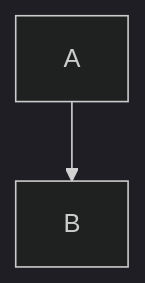
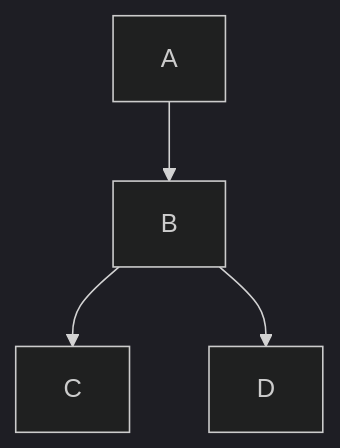
One commit to mouseless/baked changed the first of 2 diagrams in docs/demo.md. Above: the diagram before and after it, drawn with Mermaid (dark theme). The commit also changed other lines of this file and 7 other files, not shown here.

Commit message:
add style to container of diagram

````diff
--- a/docs/demo.md
+++ b/docs/demo.md
@@ -26,4 +28,5 @@
 ```mermaid
-flowchart
-    A --> B
+flowchart TB
+    A --> B --> C
+    B --> D
 ```
````
